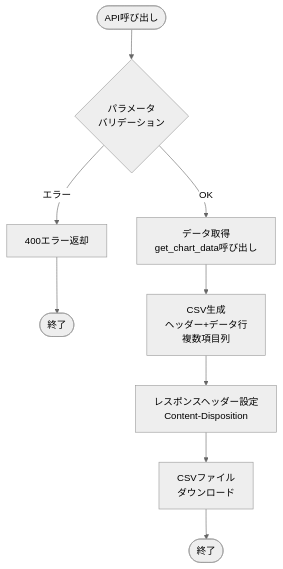
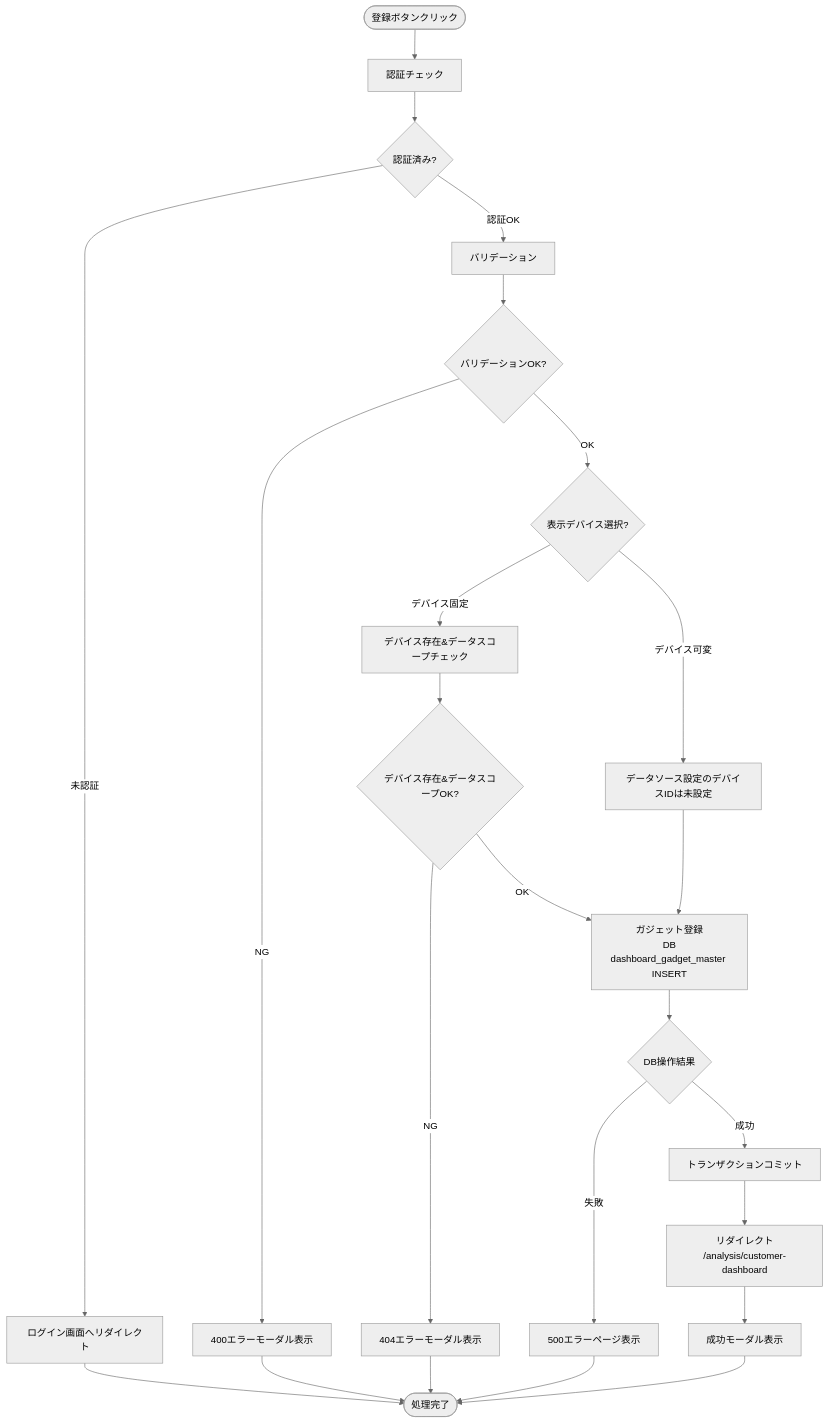
One commit to NSW-SVCP-AIWG002/Databricks-IoT changed the third of 4 diagrams in docs/03-features/flask-app/customer-dashboard/belt-chart/workflow-specification.md. Above: the diagram before and after it, drawn with Mermaid (neutral theme). The commit also changed other lines of this file and 2 other files, not shown here.

````diff
--- a/docs/03-features/flask-app/customer-dashboard/belt-chart/workflow-specification.md
+++ b/docs/03-features/flask-app/customer-dashboard/belt-chart/workflow-specification.md
@@ -977,16 +879,33 @@
 ```mermaid
 flowchart TD
-    Start([API呼び出し]) --> Validate{パラメータ<br>バリデーション}
+    Start([登録ボタンクリック]) --> Auth[認証チェック]
+    Auth --> CheckAuth{認証済み?}
+    CheckAuth -->|未認証| LoginRedirect[ログイン画面へリダイレクト]
+    CheckAuth -->|認証OK| Validate[バリデーション]
 
-    Validate -->|エラー| Return400[400エラー返却]
-    Return400 --> End1([終了])
+    Validate --> CheckValidate{バリデーションOK?}
+    CheckValidate -->|NG| Error400[400エラーモーダル表示]
+    CheckValidate -->|OK| ChekcDeviceMode{表示デバイス選択?}
 
-    Validate -->|OK| FetchData[データ取得<br>get_chart_data呼び出し]
+    ChekcDeviceMode -->|デバイス固定| DeviceQuery[デバイス存在&データスコープチェック]
+    ChekcDeviceMode -->|デバイス可変| NotSetDeviceId[データソース設定のデバイスIDは未設定]
 
-    FetchData --> GenerateCSV[CSV生成<br>ヘッダー+データ行<br>複数項目列]
+    NotSetDeviceId --> Insert[ガジェット登録<br> DB dashboard_gadget_master INSERT]
 
-    GenerateCSV --> SetHeaders[レスポンスヘッダー設定<br>Content-Disposition]
+    DeviceQuery --> CheckDeviceQuery{デバイス存在&データスコープOK?}
+    CheckDeviceQuery -->|NG| Error404[404エラーモーダル表示]
+    CheckDeviceQuery -->|OK| Insert
 
-    SetHeaders --> Download[CSVファイル<br>ダウンロード]
-    Download --> End2([終了])
+    Insert --> CheckInsert{DB操作結果}
+    CheckInsert -->|失敗| Error500[500エラーページ表示]
+    CheckInsert -->|成功| Commit[トランザクションコミット]
+
+    Commit --> Redirect[リダイレクト<br>/analysis/customer-dashboard]
+    Redirect --> 200OK[成功モーダル表示]
+
+    LoginRedirect --> End([処理完了])
+    Error400 --> End
+    Error404 --> End
+    Error500 --> End
+    200OK --> End
 ```
````
